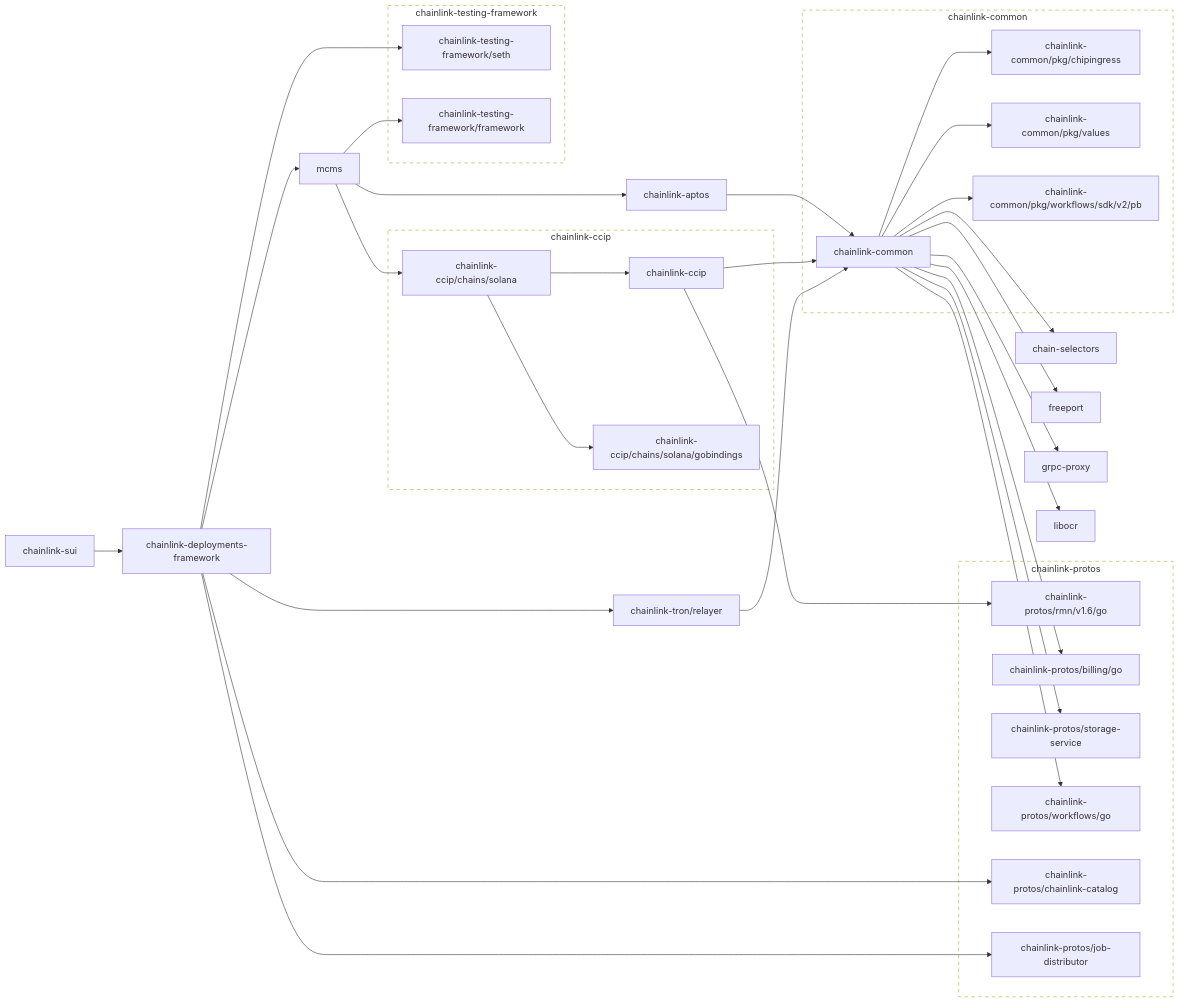
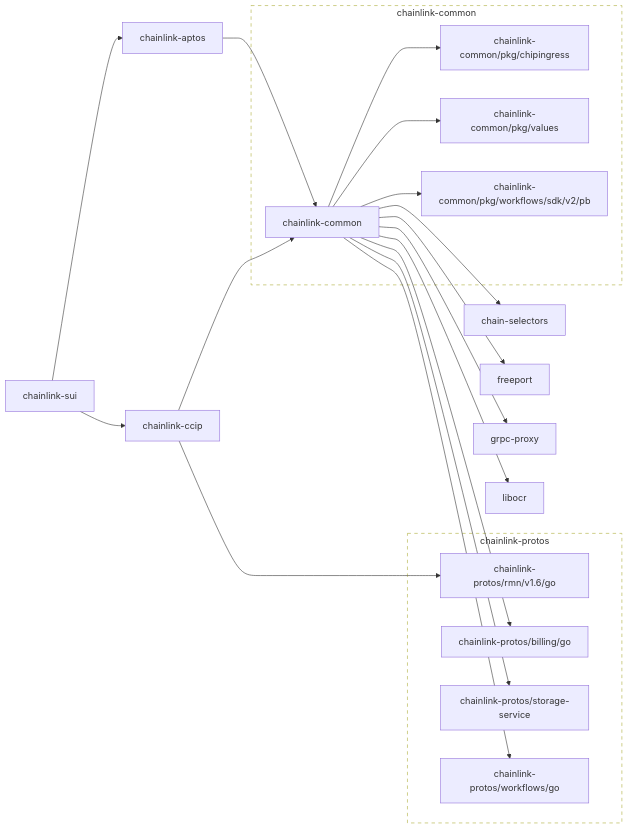
The diagram in go.md (smartcontractkit/chainlink-sui), drawn with Mermaid before and after one commit.

````diff
--- a/go.md
+++ b/go.md
@@ -10,11 +10,6 @@
 	chainlink-ccip --> chainlink-common
 	chainlink-ccip --> chainlink-protos/rmn/v1.6/go
 	click chainlink-ccip href "https://github.com/smartcontractkit/chainlink-ccip"
-	chainlink-ccip/chains/solana --> chainlink-ccip
-	chainlink-ccip/chains/solana --> chainlink-ccip/chains/solana/gobindings
-	click chainlink-ccip/chains/solana href "https://github.com/smartcontractkit/chainlink-ccip"
-	chainlink-ccip/chains/solana/gobindings
-	click chainlink-ccip/chains/solana/gobindings href "https://github.com/smartcontractkit/chainlink-ccip"
 	chainlink-common --> chain-selectors
 	chainlink-common --> chainlink-common/pkg/chipingress
 	chainlink-common --> chainlink-common/pkg/values
@@ -32,49 +27,23 @@
 	click chainlink-common/pkg/values href "https://github.com/smartcontractkit/chainlink-common"
 	chainlink-common/pkg/workflows/sdk/v2/pb
 	click chainlink-common/pkg/workflows/sdk/v2/pb href "https://github.com/smartcontractkit/chainlink-common"
-	chainlink-deployments-framework --> chainlink-protos/chainlink-catalog
-	chainlink-deployments-framework --> chainlink-protos/job-distributor
-	chainlink-deployments-framework --> chainlink-testing-framework/seth
-	chainlink-deployments-framework --> chainlink-tron/relayer
-	chainlink-deployments-framework --> mcms
-	click chainlink-deployments-framework href "https://github.com/smartcontractkit/chainlink-deployments-framework"
 	chainlink-protos/billing/go
 	click chainlink-protos/billing/go href "https://github.com/smartcontractkit/chainlink-protos"
-	chainlink-protos/chainlink-catalog
-	click chainlink-protos/chainlink-catalog href "https://github.com/smartcontractkit/chainlink-protos"
-	chainlink-protos/job-distributor
-	click chainlink-protos/job-distributor href "https://github.com/smartcontractkit/chainlink-protos"
 	chainlink-protos/rmn/v1.6/go
 	click chainlink-protos/rmn/v1.6/go href "https://github.com/smartcontractkit/chainlink-protos"
 	chainlink-protos/storage-service
 	click chainlink-protos/storage-service href "https://github.com/smartcontractkit/chainlink-protos"
 	chainlink-protos/workflows/go
 	click chainlink-protos/workflows/go href "https://github.com/smartcontractkit/chainlink-protos"
-	chainlink-sui --> chainlink-deployments-framework
+	chainlink-sui --> chainlink-aptos
+	chainlink-sui --> chainlink-ccip
 	click chainlink-sui href "https://github.com/smartcontractkit/chainlink-sui"
-	chainlink-testing-framework/framework
-	click chainlink-testing-framework/framework href "https://github.com/smartcontractkit/chainlink-testing-framework"
-	chainlink-testing-framework/seth
-	click chainlink-testing-framework/seth href "https://github.com/smartcontractkit/chainlink-testing-framework"
-	chainlink-tron/relayer --> chainlink-common
-	click chainlink-tron/relayer href "https://github.com/smartcontractkit/chainlink-tron"
 	freeport
 	click freeport href "https://github.com/smartcontractkit/freeport"
 	grpc-proxy
 	click grpc-proxy href "https://github.com/smartcontractkit/grpc-proxy"
 	libocr
 	click libocr href "https://github.com/smartcontractkit/libocr"
-	mcms --> chainlink-aptos
-	mcms --> chainlink-ccip/chains/solana
-	mcms --> chainlink-testing-framework/framework
-	click mcms href "https://github.com/smartcontractkit/mcms"
-
-	subgraph chainlink-ccip-repo[chainlink-ccip]
-		 chainlink-ccip
-		 chainlink-ccip/chains/solana
-		 chainlink-ccip/chains/solana/gobindings
-	end
-	click chainlink-ccip-repo href "https://github.com/smartcontractkit/chainlink-ccip"
 
 	subgraph chainlink-common-repo[chainlink-common]
 		 chainlink-common
@@ -86,20 +55,12 @@
 
 	subgraph chainlink-protos-repo[chainlink-protos]
 		 chainlink-protos/billing/go
-		 chainlink-protos/chainlink-catalog
-		 chainlink-protos/job-distributor
 		 chainlink-protos/rmn/v1.6/go
 		 chainlink-protos/storage-service
 		 chainlink-protos/workflows/go
 	end
 	click chainlink-protos-repo href "https://github.com/smartcontractkit/chainlink-protos"
 
-	subgraph chainlink-testing-framework-repo[chainlink-testing-framework]
-		 chainlink-testing-framework/framework
-		 chainlink-testing-framework/seth
-	end
-	click chainlink-testing-framework-repo href "https://github.com/smartcontractkit/chainlink-testing-framework"
-
 	classDef outline stroke-dasharray:6,fill:none;
-	class chainlink-ccip-repo,chainlink-common-repo,chainlink-protos-repo,chainlink-testing-framework-repo outline
+	class chainlink-common-repo,chainlink-protos-repo outline
 ```
````
